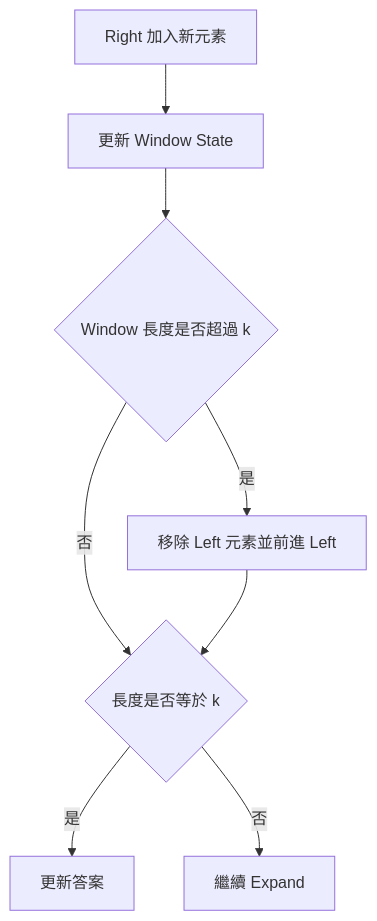
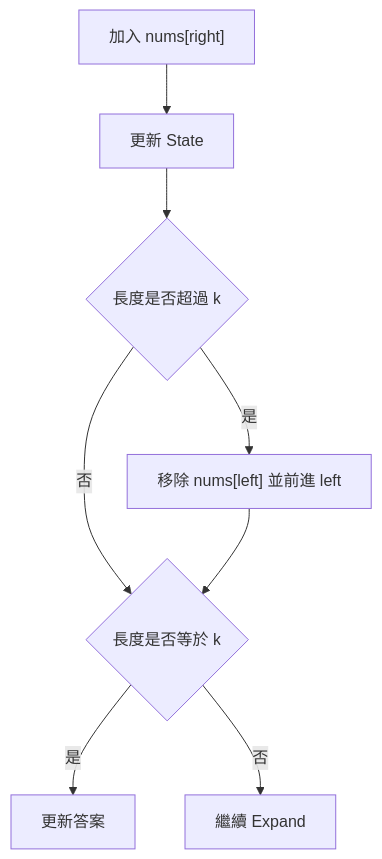
The fifth of 12 diagrams in 03_core_patterns/13_sliding_window.md (davidchen0970/algorithm_note), drawn with Mermaid before and after one commit. The commit also changed other lines of this file, not shown here.

````diff
--- a/03_core_patterns/13_sliding_window.md
+++ b/03_core_patterns/13_sliding_window.md
@@ -206,10 +240,10 @@
 ```mermaid
 flowchart TD
-    A[Right 加入新元素] --> B[更新 Window State]
-    B --> C{Window 長度是否超過 k}
-    C -->|是| D[移除 Left 元素並前進 Left]
-    C -->|否| E{長度是否等於 k}
+    A["加入 nums[right]"] --> B["更新 State"]
+    B --> C{"長度是否超過 k"}
+    C -->|是| D["移除 nums[left] 並前進 left"]
+    C -->|否| E{"長度是否等於 k"}
     D --> E
-    E -->|是| F[更新答案]
-    E -->|否| G[繼續 Expand]
+    E -->|是| F["更新答案"]
+    E -->|否| G["繼續 Expand"]
 ```
````
